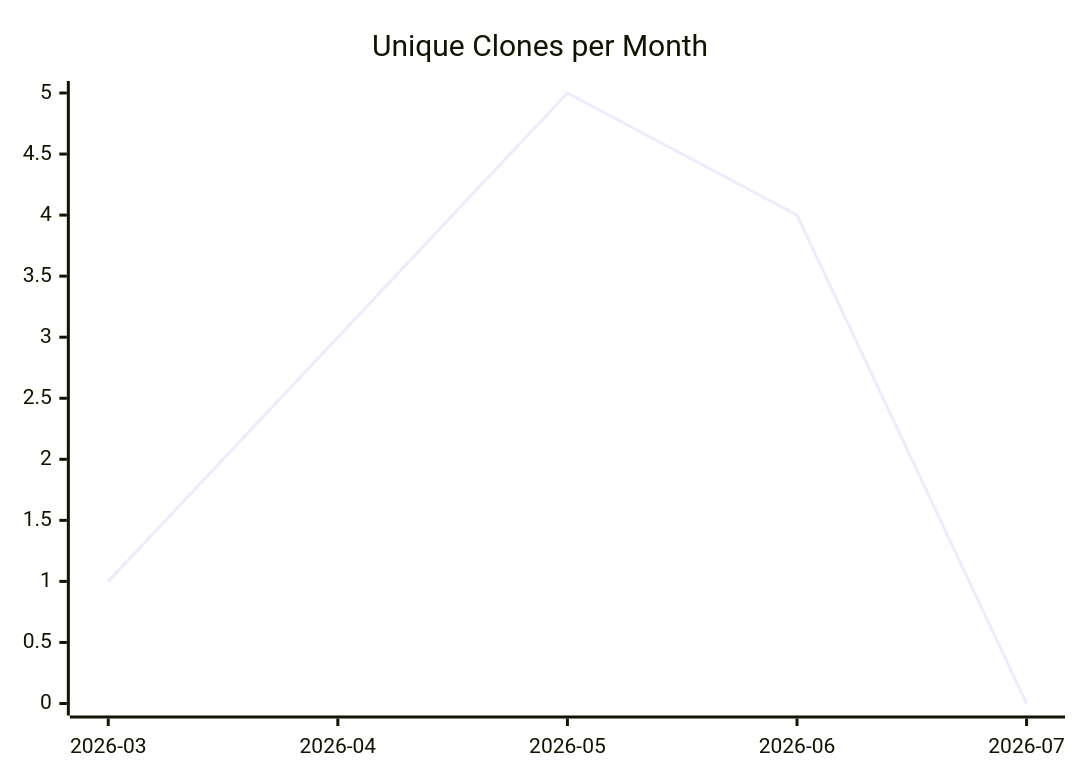
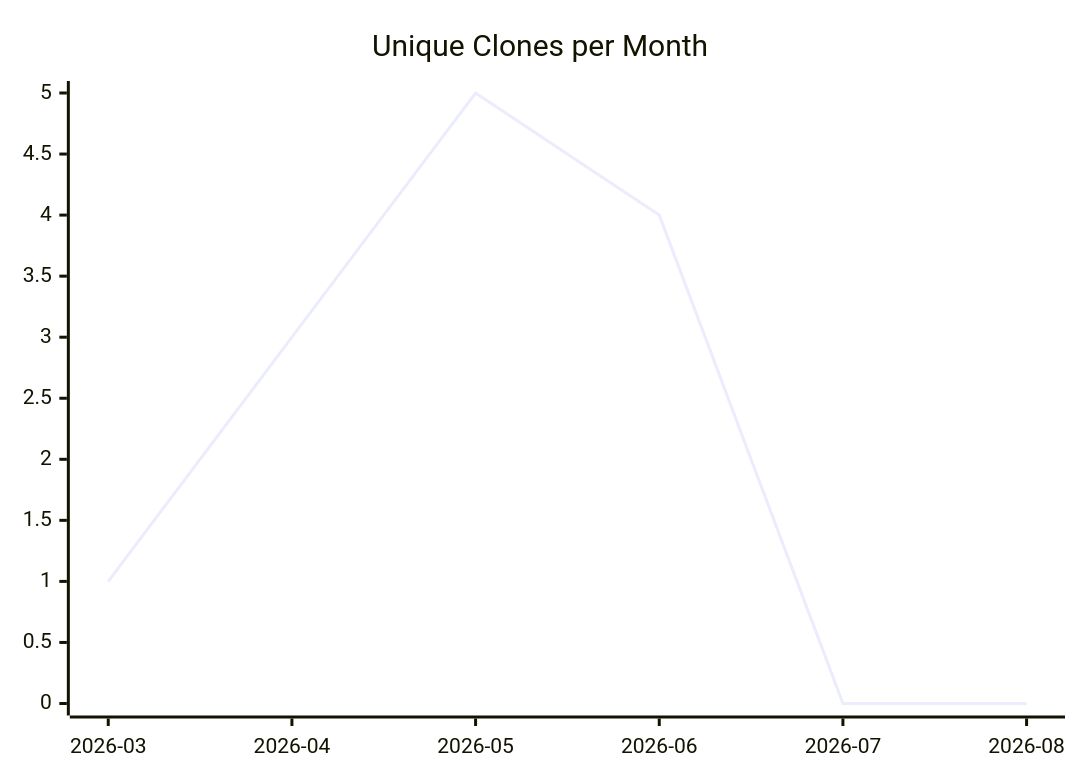
Before and after one commit to justdavis-family/github-analytics-data: the third of 3 diagrams in karlmdavis/liquibase/README.md, drawn with Mermaid. The commit also changed other lines of this file and 182 other files, not shown here.

````diff
--- a/karlmdavis/liquibase/README.md
+++ b/karlmdavis/liquibase/README.md
@@ -19,6 +19,6 @@
 ```mermaid
 xychart-beta
   title "Unique Clones per Month"
-  x-axis ["2026-03", "2026-04", "2026-05", "2026-06", "2026-07"]
-  line [1, 3, 5, 4, 0]
+  x-axis ["2026-03", "2026-04", "2026-05", "2026-06", "2026-07", "2026-08"]
+  line [1, 3, 5, 4, 0, 0]
 ```
````
